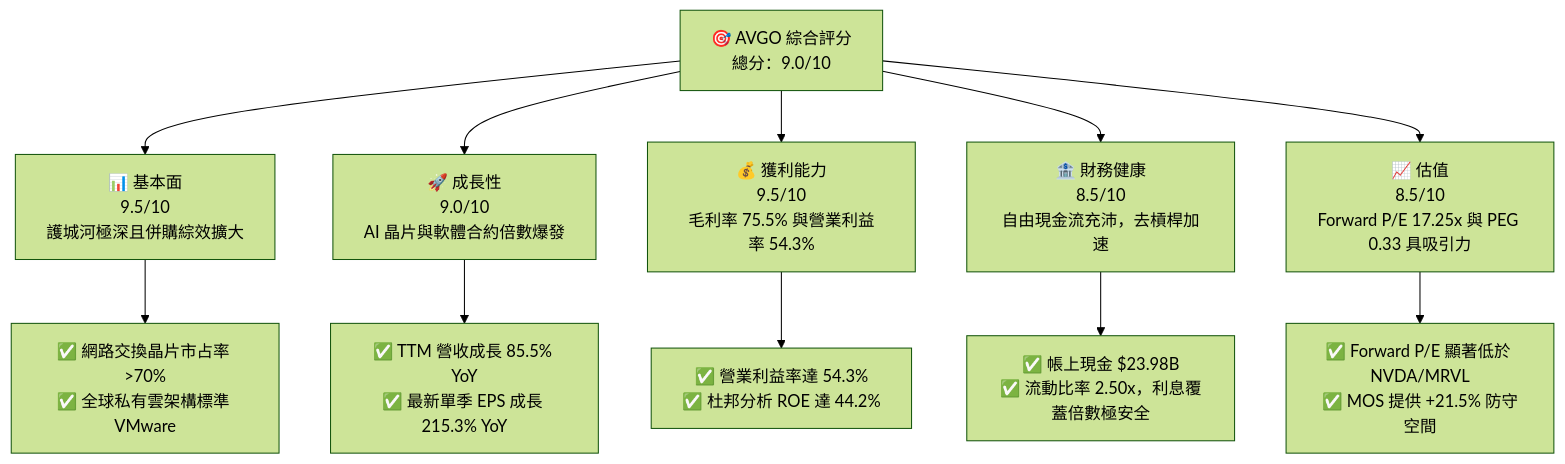
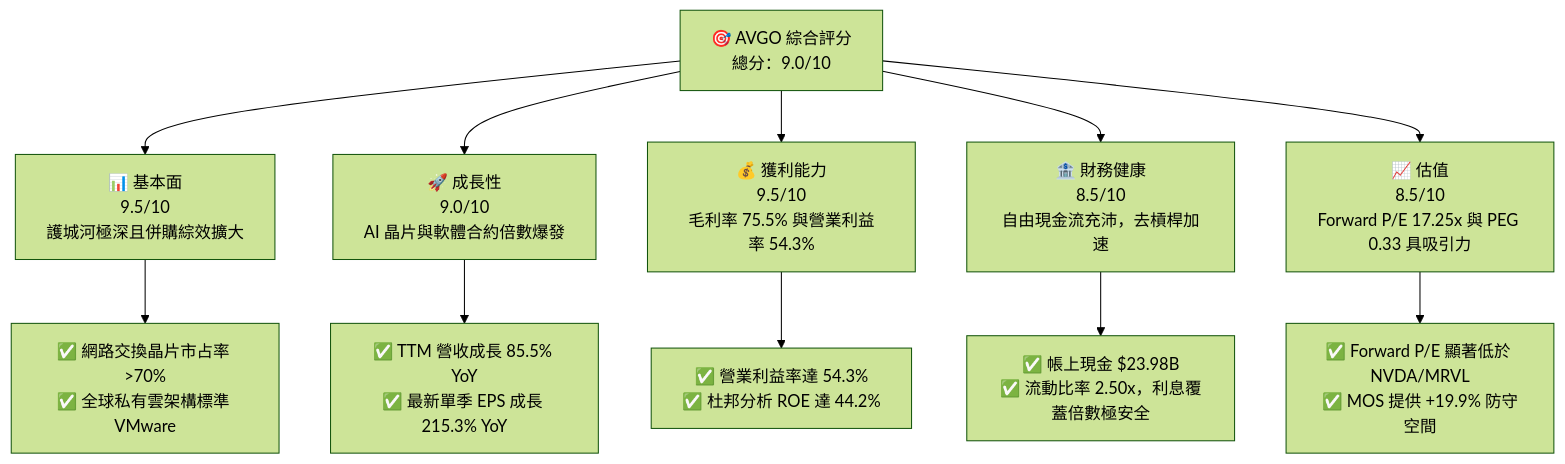
One commit to yennanliu/finance_data changed the first of 15 diagrams in ai_gen_report/fundamental/avgo/fundamental_analysis_2026-10-19_gemini.md. Above: the diagram before and after it, drawn with Mermaid (forest theme). The commit also changed other lines of this file and 339 other files, not shown here.

````diff
--- a/ai_gen_report/fundamental/avgo/fundamental_analysis_2026-10-19_gemini.md
+++ b/ai_gen_report/fundamental/avgo/fundamental_analysis_2026-10-19_gemini.md
@@ -58,22 +65,22 @@
 ```mermaid
 graph TD
     TICKER["🎯 AVGO 綜合評分<br/>總分：9.0/10"]
 
     F["📊 基本面<br/>9.5/10<br/>護城河極深且併購綜效擴大"]
     G["🚀 成長性<br/>9.0/10<br/>AI 晶片與軟體合約倍數爆發"]
     P["💰 獲利能力<br/>9.5/10<br/>毛利率 75.5% 與營業利益率 54.3%"]
     B["🏦 財務健康<br/>8.5/10<br/>自由現金流充沛，去槓桿加速"]
     V["📈 估值<br/>8.5/10<br/>Forward P/E 17.25x 與 PEG 0.33 具吸引力"]
 
     TICKER --> F
     TICKER --> G
     TICKER --> P
     TICKER --> B
     TICKER --> V
 
     F --> F1["✅ 網路交換晶片市占率 >70%<br/>✅ 全球私有雲架構標準 VMware"]
     G --> G1["✅ TTM 營收成長 85.5% YoY<br/>✅ 最新單季 EPS 成長 215.3% YoY"]
     P --> P1["✅ 營業利益率達 54.3%<br/>✅ 杜邦分析 ROE 達 44.2%"]
     B --> B1["✅ 帳上現金 $23.98B<br/>✅ 流動比率 2.50x，利息覆蓋倍數極安全"]
-    V --> V1["✅ Forward P/E 顯著低於 NVDA/MRVL<br/>✅ MOS 提供 +21.5% 防守空間"]
+    V --> V1["✅ Forward P/E 顯著低於 NVDA/MRVL<br/>✅ MOS 提供 +19.9% 防守空間"]
 ```
````
